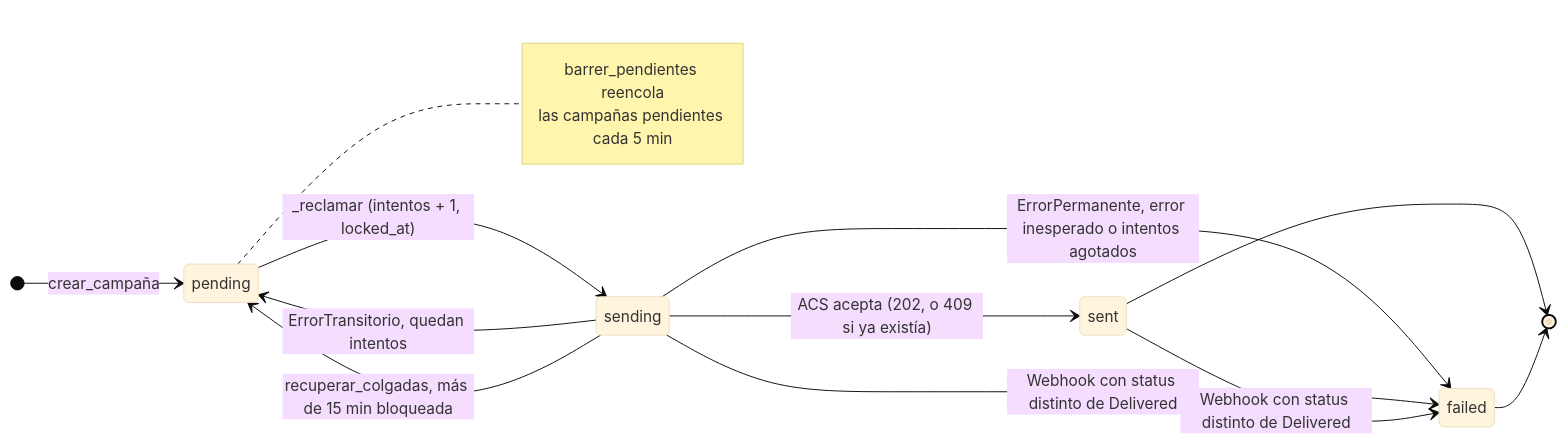
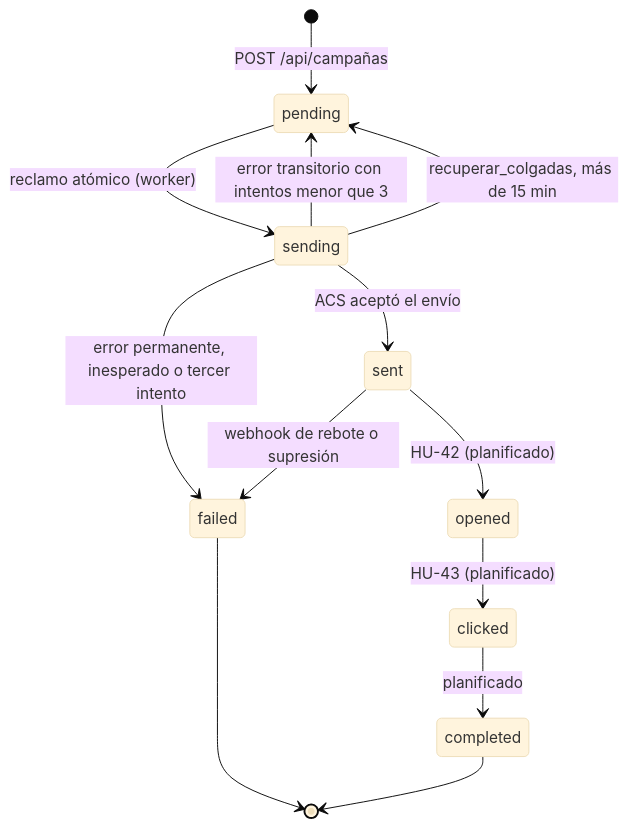
Before and after one commit to josefranco05/security-awareness-documentacion: the fourth of 6 diagrams in sentinel-documentacion.md, drawn with Mermaid (base theme). The commit also changed other lines of this file, not shown here.

Commit message:
Se actualiza la documentacion tecnica para incluir las nuevas historias de usuario y explicaciones correctas para produccion.

````diff
--- a/sentinel-documentacion.md
+++ b/sentinel-documentacion.md
@@ -163,19 +173,15 @@
 ```mermaid
 stateDiagram-v2
-    direction LR
-    [*] --> pending: crear_campaña
-    pending --> sending: _reclamar (intentos + 1, locked_at)
-    sending --> sent: ACS acepta (202, o 409 si ya existía)
-    sending --> pending: ErrorTransitorio, quedan intentos
-    sending --> pending: recuperar_colgadas, más de 15 min bloqueada
-    sending --> failed: ErrorPermanente, error inesperado o intentos agotados
-    sending --> failed: Webhook con status distinto de Delivered
-    sent --> failed: Webhook con status distinto de Delivered
-    sent --> [*]
+    [*] --> pending: POST /api/campañas
+    pending --> sending: reclamo atómico (worker)
+    sending --> sent: ACS aceptó el envío
+    sending --> pending: error transitorio con intentos menor que 3
+    sending --> pending: recuperar_colgadas, más de 15 min
+    sending --> failed: error permanente, inesperado o tercer intento
+    sent --> failed: webhook de rebote o supresión
+    sent --> opened: HU-42 (planificado)
+    opened --> clicked: HU-43 (planificado)
+    clicked --> completed: planificado
     failed --> [*]
-
-    note right of pending
-        barrer_pendientes reencola
-        las campañas pendientes cada 5 min
-    end note
+    completed --> [*]
 ```
````
